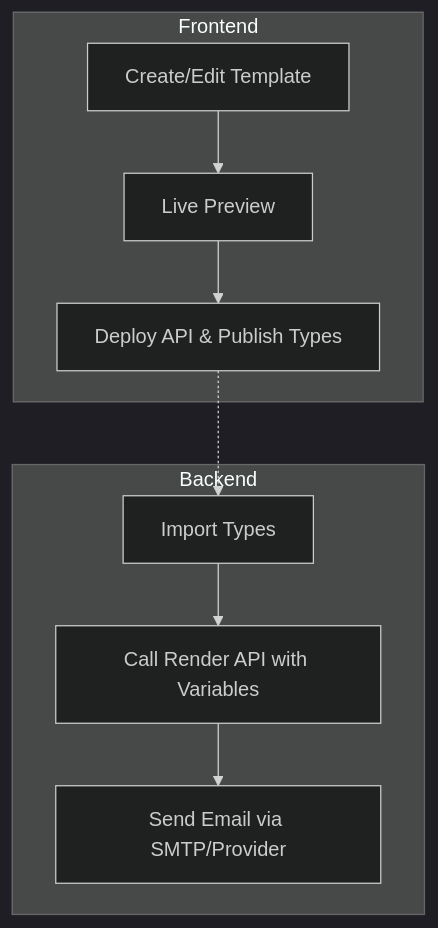
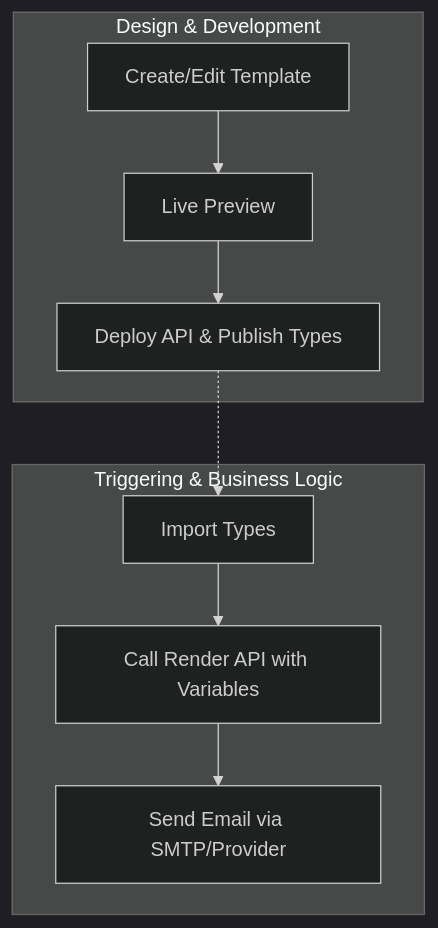
Before and after one commit to KristofaJosh/react-email-template-bootstrap: the diagram in README.md, drawn with Mermaid (dark theme). The commit also changed other lines of this file and 1 other file, not shown here.

Commit message:
Revamp README and index-html with enhanced architecture explanation and frontend-backend decoupling details.

````diff
--- a/README.md
+++ b/README.md
@@ -8,12 +8,12 @@
 ```mermaid
 flowchart TD
-  subgraph Frontend
+  subgraph Frontend ["Design & Development"]
     A[Create/Edit Template] --> B[Live Preview]
     B --> C[Deploy API & Publish Types]
   end
-  subgraph Backend
+  subgraph Backend ["Triggering & Business Logic"]
     D[Import Types] --> E[Call Render API with Variables]
     E --> F[Send Email via SMTP/Provider]
   end
   C -.-> D
 ```
````
